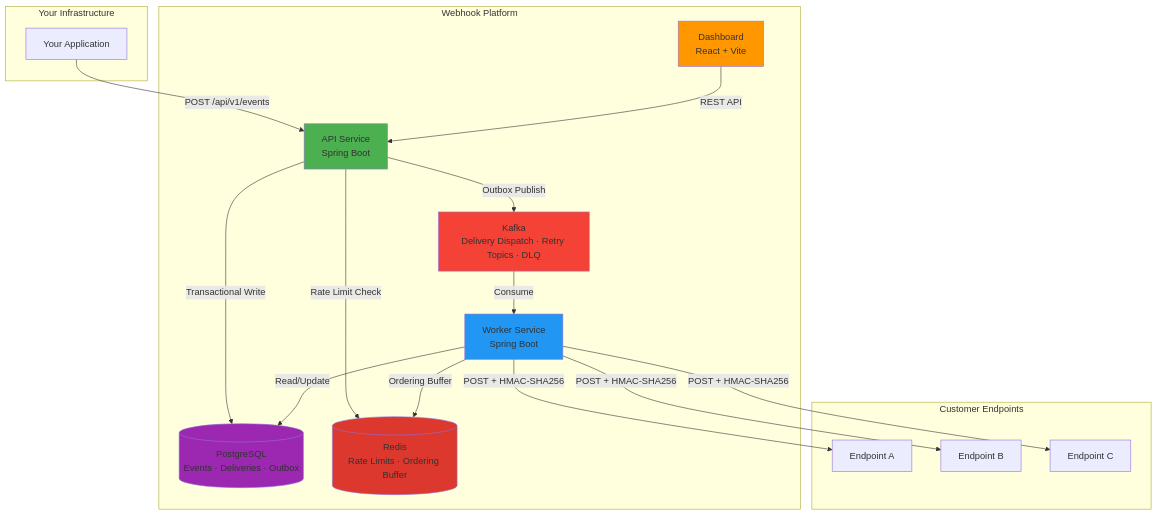
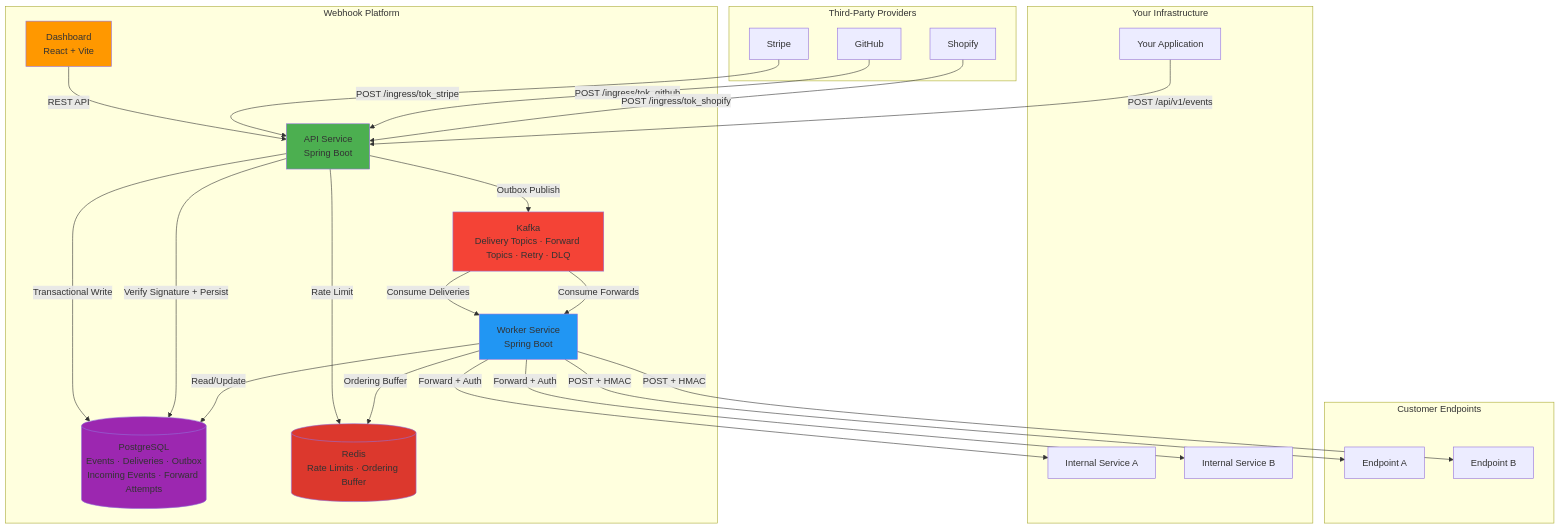
The first of 3 diagrams in README.md (vadymkykalo/webhook-platform), drawn with Mermaid before and after one commit. The commit also changed other lines of this file and 1 other file, not shown here.

````diff
--- a/README.md
+++ b/README.md
@@ -204,40 +228,58 @@
 ```mermaid
 graph TB
+    subgraph "Third-Party Providers"
+        Stripe[Stripe]
+        GitHub[GitHub]
+        Shopify[Shopify]
+    end
+
     subgraph "Your Infrastructure"
         App[Your Application]
+        Svc1[Internal Service A]
+        Svc2[Internal Service B]
     end
     
     subgraph "Webhook Platform"
         UI[Dashboard<br/>React + Vite]
         API[API Service<br/>Spring Boot]
-        DB[(PostgreSQL<br/>Events · Deliveries · Outbox)]
+        DB[(PostgreSQL<br/>Events · Deliveries · Outbox<br/>Incoming Events · Forward Attempts)]
         Redis[(Redis<br/>Rate Limits · Ordering Buffer)]
-        Kafka[Kafka<br/>Delivery Dispatch · Retry Topics · DLQ]
+        Kafka[Kafka<br/>Delivery Topics · Forward Topics · Retry · DLQ]
         Worker[Worker Service<br/>Spring Boot]
     end
     
     subgraph "Customer Endpoints"
         EP1[Endpoint A]
         EP2[Endpoint B]
-        EP3[Endpoint C]
     end
     
+    %% Outgoing flow
     App -->|POST /api/v1/events| API
     UI  -->|REST API| API
-    API -->|Rate Limit Check| Redis
     API -->|Transactional Write| DB
     API -->|Outbox Publish| Kafka
-    Kafka -->|Consume| Worker
+    Kafka -->|Consume Deliveries| Worker
+    Worker -->|POST + HMAC| EP1
+    Worker -->|POST + HMAC| EP2
+    
+    %% Incoming flow
+    Stripe -->|POST /ingress/tok_stripe| API
+    GitHub -->|POST /ingress/tok_github| API
+    Shopify -->|POST /ingress/tok_shopify| API
+    API -->|Verify Signature + Persist| DB
+    Kafka -->|Consume Forwards| Worker
+    Worker -->|Forward + Auth| Svc1
+    Worker -->|Forward + Auth| Svc2
+    
+    %% Shared infra
+    API -->|Rate Limit| Redis
     Worker -->|Read/Update| DB
     Worker -->|Ordering Buffer| Redis
-    Worker -->|POST + HMAC-SHA256| EP1
-    Worker -->|POST + HMAC-SHA256| EP2
-    Worker -->|POST + HMAC-SHA256| EP3
     
     style API fill:#4CAF50
     style Worker fill:#2196F3
     style UI fill:#FF9800
     style DB fill:#9C27B0
     style Kafka fill:#F44336
     style Redis fill:#DC382D
 ```
````
